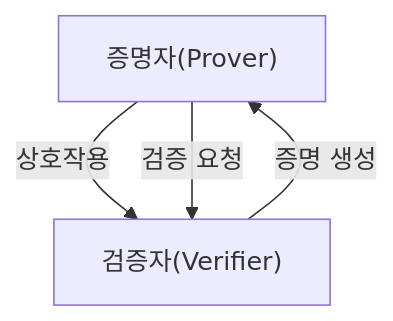
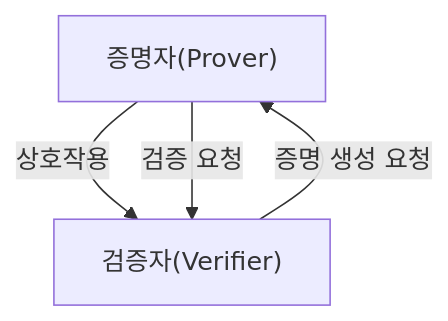
One commit to 42jerrykim/42jerrykim.github.io changed the sixth of 10 diagrams in content/post/2024/2024-09-09-zkp/index.md. Above: the diagram before and after it, drawn with Mermaid. The commit also changed other lines of this file and 239 other files, not shown here.

````diff
--- a/content/post/2024/2024-09-09-zkp/index.md
+++ b/content/post/2024/2024-09-09-zkp/index.md
@@ -417,6 +313,8 @@
 ```mermaid
-graph TD;
-    A["증명자(Prover)"] -->|상호작용| B["검증자(Verifier)"];
-    B -->|증명 생성| A;
-    A -->|검증 요청| B;
+graph TD
+    prover["증명자(Prover)"]
+    verifier["검증자(Verifier)"]
+    prover -->|"상호작용"| verifier
+    verifier -->|"증명 생성 요청"| prover
+    prover -->|"검증 요청"| verifier
 ```
````
